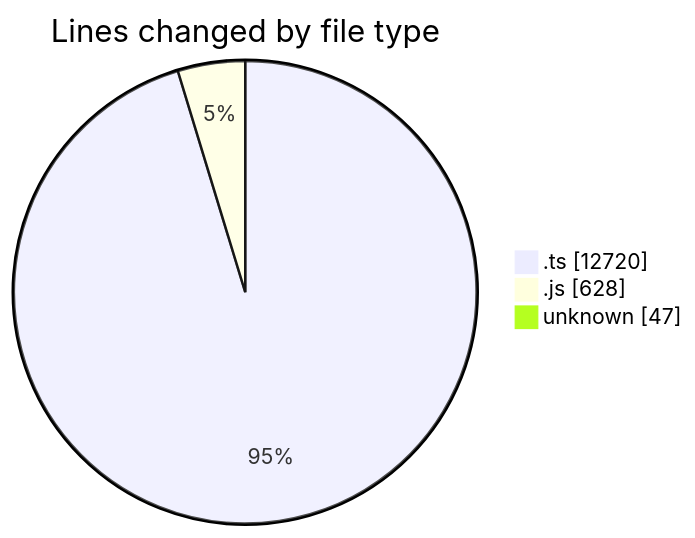
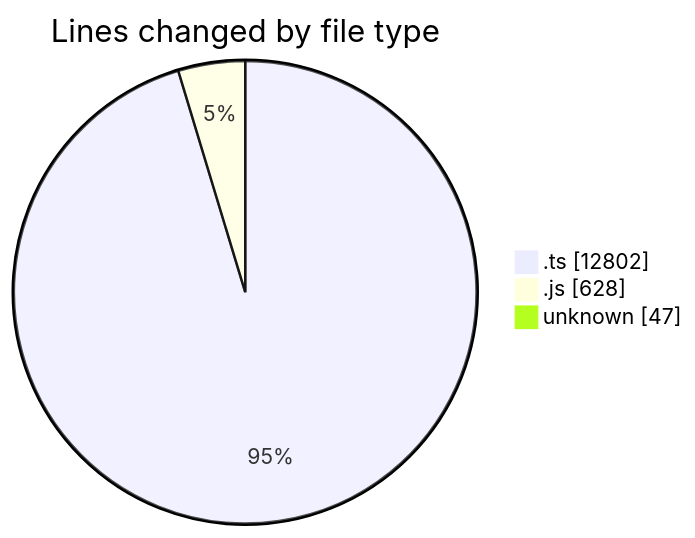
Before and after one commit to momahboobian/code-tracking: the first of 2 diagrams in 2025-09-05/cda/README.md, drawn with Mermaid. The commit also changed other lines of this file and 1 other file, not shown here.

````diff
--- a/2025-09-05/cda/README.md
+++ b/2025-09-05/cda/README.md
@@ -26,7 +27,7 @@
 ```mermaid
 pie showData
 title Lines changed by file type
-".ts" : 12720
+".ts" : 12802
 ".js" : 628
 "unknown" : 47
 ```
````
